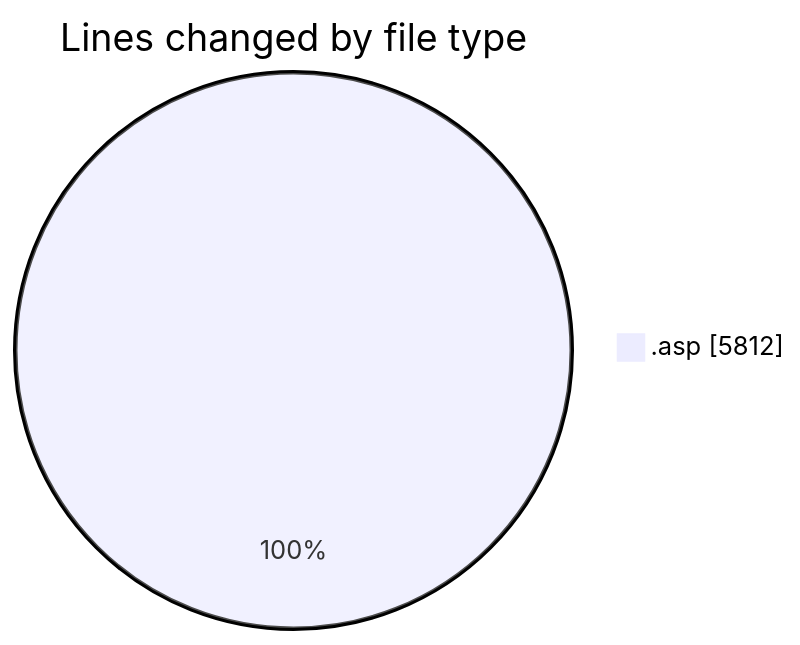
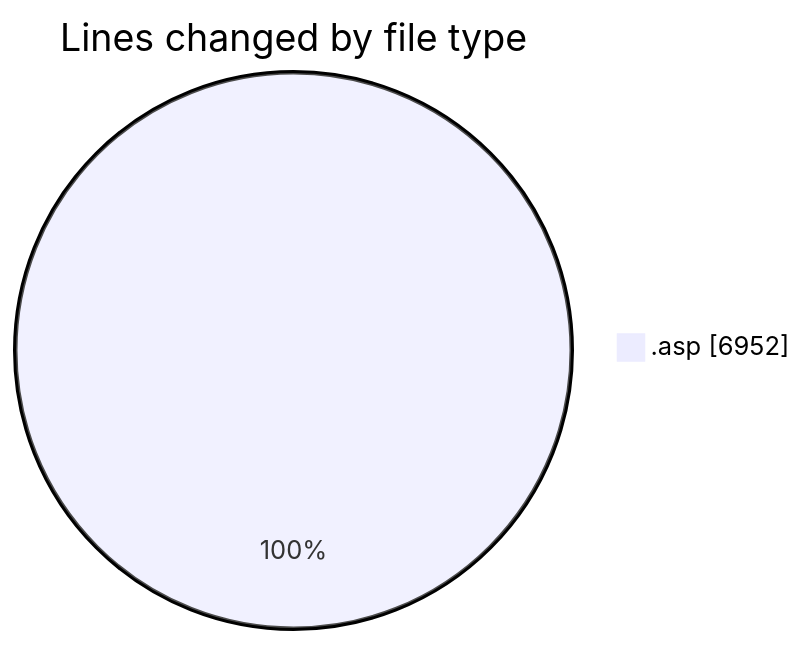
One commit to julien-gomy/code-tracking changed the first of 2 diagrams in 2025-10-17/cdp_aleoudev_fr__workspace_/README.md. Above: the diagram before and after it, drawn with Mermaid. The commit also changed other lines of this file and 1 other file, not shown here.

````diff
--- a/2025-10-17/cdp_aleoudev_fr__workspace_/README.md
+++ b/2025-10-17/cdp_aleoudev_fr__workspace_/README.md
@@ -27,5 +28,5 @@
 ```mermaid
 pie showData
 title Lines changed by file type
-".asp" : 5812
+".asp" : 6952
 ```
````
